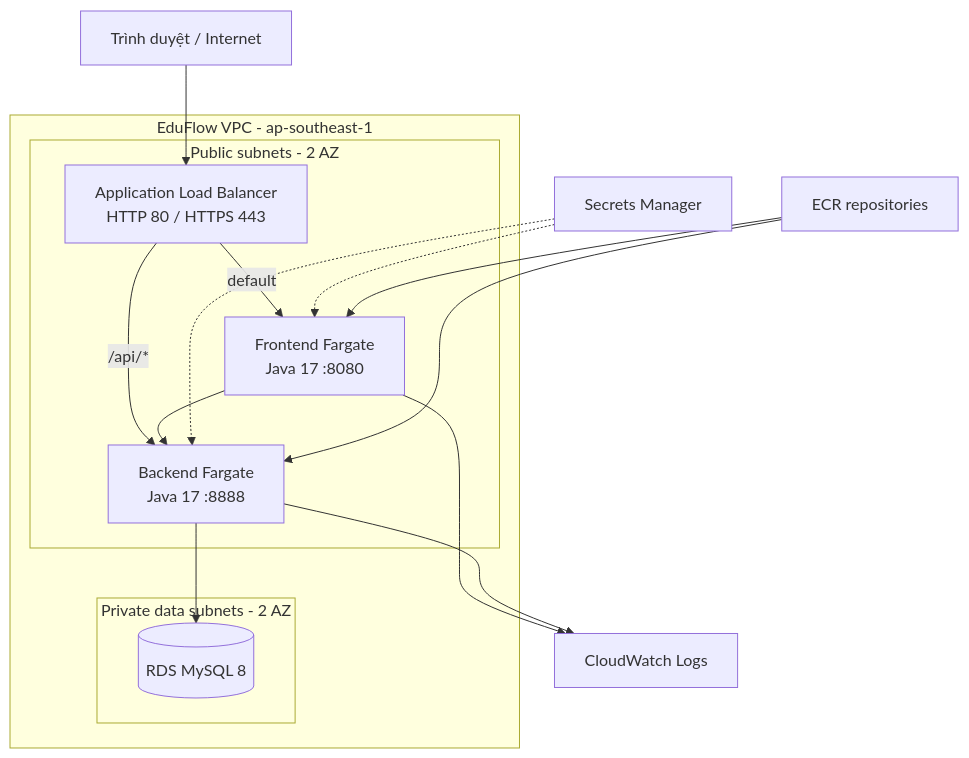
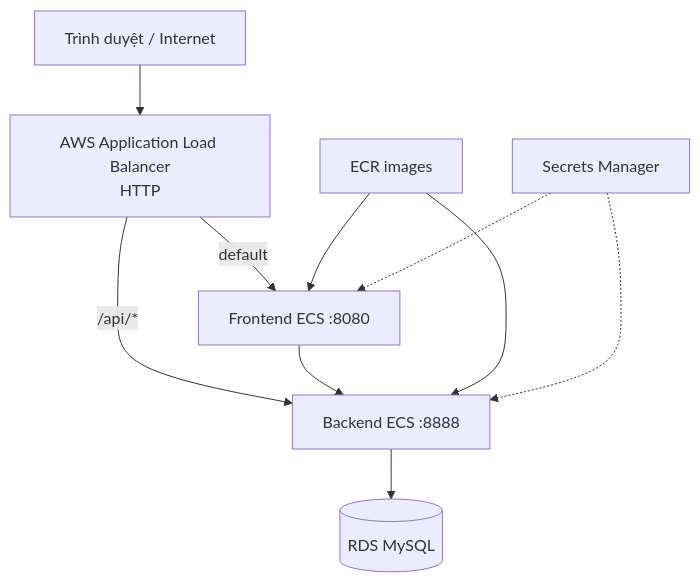
Before and after one commit to L1nkinPark/EduFlowPlatform: the diagram in content/5-Workshop/5.1-Workshop-overview/_index.vi.md, drawn with Mermaid. The commit also changed other lines of this file and 39 other files, not shown here.

````diff
--- a/content/5-Workshop/5.1-Workshop-overview/_index.vi.md
+++ b/content/5-Workshop/5.1-Workshop-overview/_index.vi.md
@@ -25,24 +16,12 @@
 ```mermaid
 flowchart TB
-    Internet["Trình duyệt / Internet"] --> ALB["Application Load Balancer\nHTTP 80 / HTTPS 443"]
-    subgraph VPC["EduFlow VPC - ap-southeast-1"]
-      subgraph Public["Public subnets - 2 AZ"]
-        ALB
-        FE["Frontend Fargate\nJava 17 :8080"]
-        BE["Backend Fargate\nJava 17 :8888"]
-      end
-      subgraph PrivateData["Private data subnets - 2 AZ"]
-        DB[("RDS MySQL 8")]
-      end
-      ALB -->|"default"| FE
-      ALB -->|"/api/*"| BE
-      FE --> BE
-      BE --> DB
-    end
+    Internet["Trình duyệt / Internet"] --> ALB["AWS Application Load Balancer\nHTTP"]
+    ALB -->|"default"| FE["Frontend ECS :8080"]
+    ALB -->|"/api/*"| BE["Backend ECS :8888"]
+    FE --> BE
+    BE --> DB[("RDS MySQL")]
+    ECR["ECR images"] --> FE
+    ECR --> BE
     SM["Secrets Manager"] -.-> FE
     SM -.-> BE
-    ECR["ECR repositories"] --> FE
-    ECR --> BE
-    FE --> CW["CloudWatch Logs"]
-    BE --> CW
 ```
````
